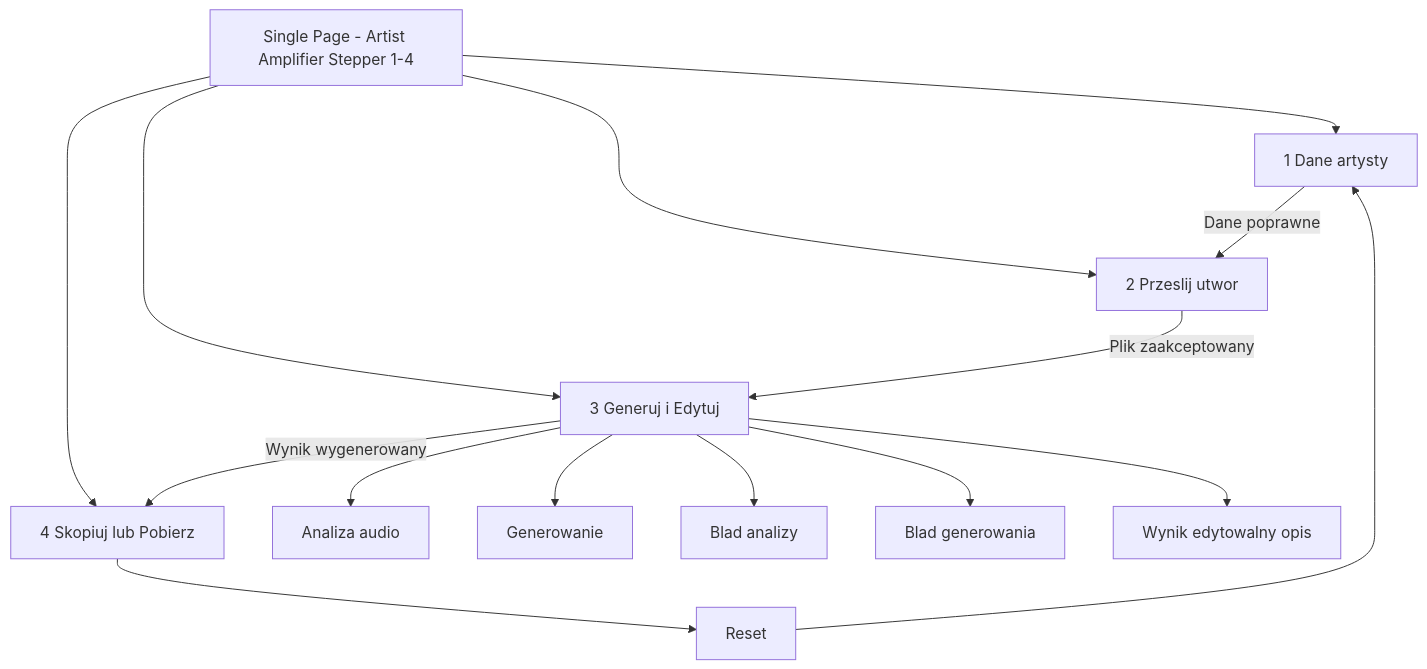
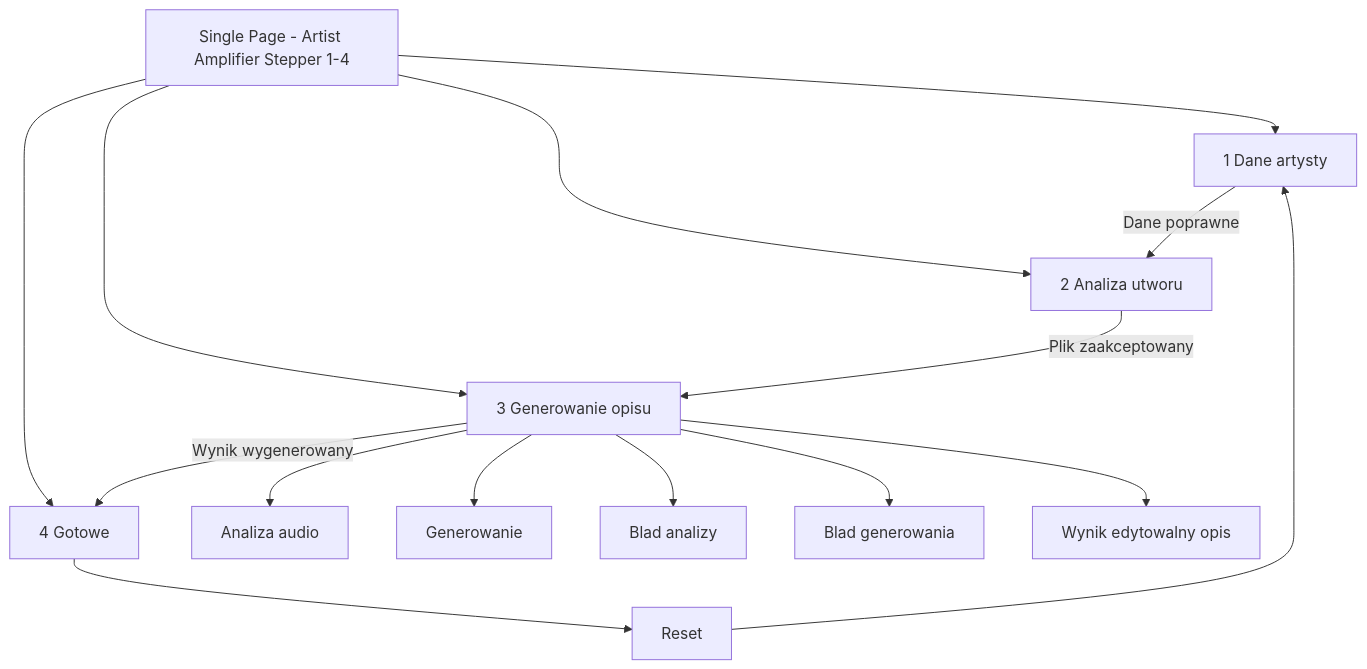
The first of 6 diagrams in docs/front-end-spec.md (RafalWojciechRolsky/artist-amplifier), drawn with Mermaid before and after one commit. The commit also changed other lines of this file and 16 other files, not shown here.

Commit message:
refactor: rename UI steps and improve stepper navigation flow

````diff
--- a/docs/front-end-spec.md
+++ b/docs/front-end-spec.md
@@ -38,21 +38,21 @@
 ```mermaid
 graph TD
   A[Single Page - Artist Amplifier Stepper 1-4] --> S1[1 Dane artysty]
-  A --> S2[2 Przeslij utwor]
-  A --> S3[3 Generuj i Edytuj]
-  A --> S4[4 Skopiuj lub Pobierz]
+  A --> S2[2 Analiza utworu]
+  A --> S3[3 Generowanie opisu]
+  A --> S4[4 Gotowe]
 
   S1 -->|Dane poprawne| S2
   S2 -->|Plik zaakceptowany| S3
   S3 -->|Wynik wygenerowany| S4
 
   S4 --> R[Reset]
   R --> S1
 
   S3 --> ST1[Analiza audio]
   S3 --> ST2[Generowanie]
   S3 --> ST3A[Blad analizy]
   S3 --> ST3B[Blad generowania]
   S3 --> ST4[Wynik edytowalny opis]
 
 ```
````
